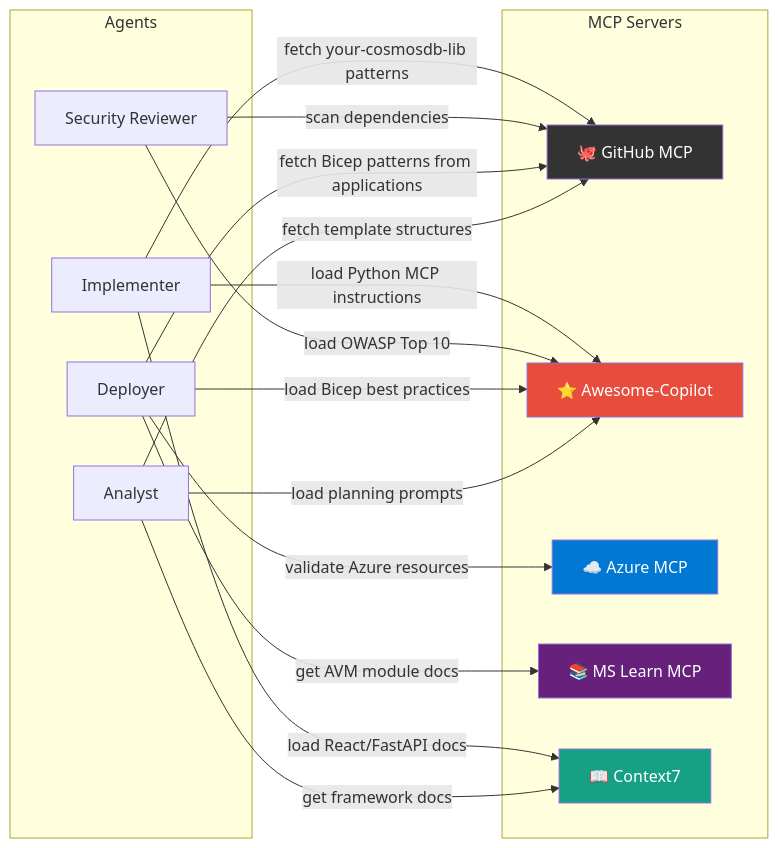
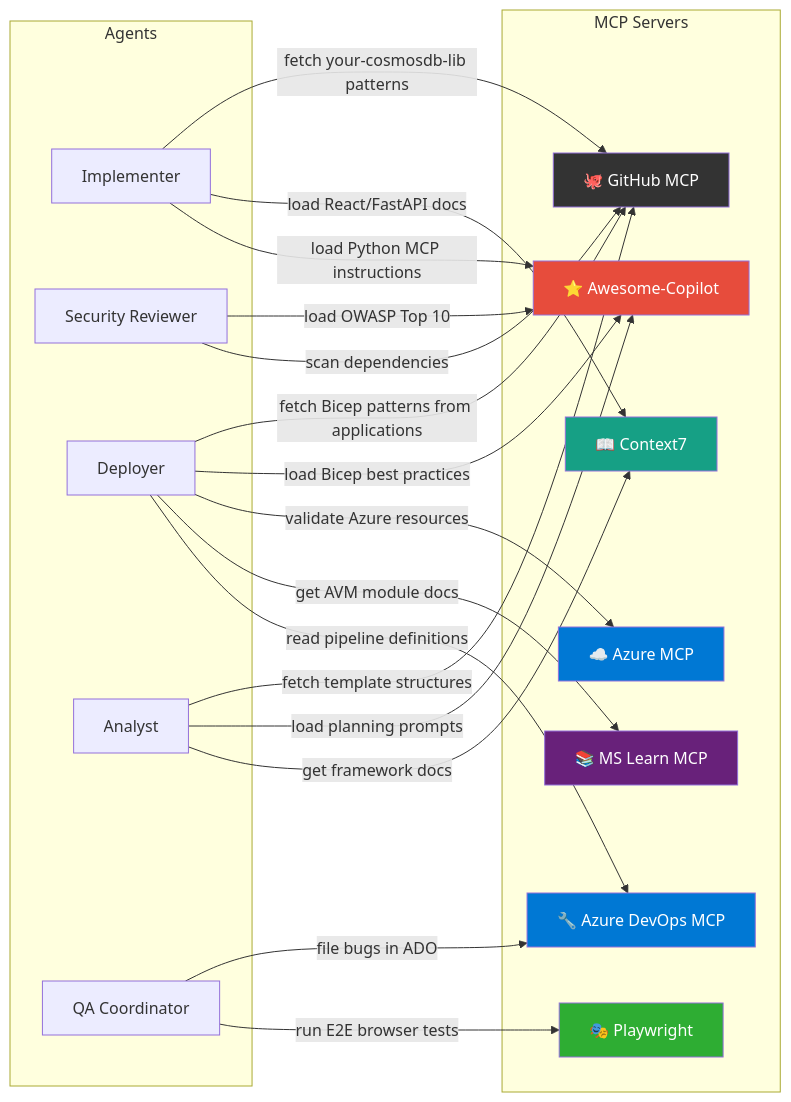
Before and after one commit to Dongbumlee/sdlc-harness: the third of 3 diagrams in README.md, drawn with Mermaid. The commit also changed other lines of this file, not shown here.

First line of the commit message:
docs: add MCP server enablement instructions to README

````diff
--- a/README.md
+++ b/README.md
@@ -391,39 +431,48 @@
  ```mermaid
  flowchart LR
      subgraph "MCP Servers"
          GH["🐙 GitHub MCP"]
          AC["⭐ Awesome-Copilot"]
          AZ["☁️ Azure MCP"]
+         ADO["🔧 Azure DevOps MCP"]
          MD["📚 MS Learn MCP"]
          C7["📖 Context7"]
+         PW["🎭 Playwright"]
      end
 
      subgraph "Agents"
          Impl["Implementer"]
          Sec["Security Reviewer"]
          Deploy["Deployer"]
          Analyst2["Analyst"]
+         QA["QA Coordinator"]
      end
 
      Impl -->|"fetch your-cosmosdb-lib patterns"| GH
      Impl -->|"load React/FastAPI docs"| C7
      Impl -->|"load Python MCP instructions"| AC
 
      Sec -->|"load OWASP Top 10"| AC
      Sec -->|"scan dependencies"| GH
 
      Deploy -->|"fetch Bicep patterns from applications"| GH
      Deploy -->|"load Bicep best practices"| AC
      Deploy -->|"validate Azure resources"| AZ
      Deploy -->|"get AVM module docs"| MD
+     Deploy -->|"read pipeline definitions"| ADO
 
      Analyst2 -->|"fetch template structures"| GH
      Analyst2 -->|"load planning prompts"| AC
      Analyst2 -->|"get framework docs"| C7
 
+     QA -->|"file bugs in ADO"| ADO
+     QA -->|"run E2E browser tests"| PW
+
      style GH fill:#333,color:#fff
      style AC fill:#E74C3C,color:#fff
      style AZ fill:#0078D4,color:#fff
+     style ADO fill:#0078D4,color:#fff
      style MD fill:#68217A,color:#fff
      style C7 fill:#16A085,color:#fff
+     style PW fill:#2EAD33,color:#fff
  ```
````
